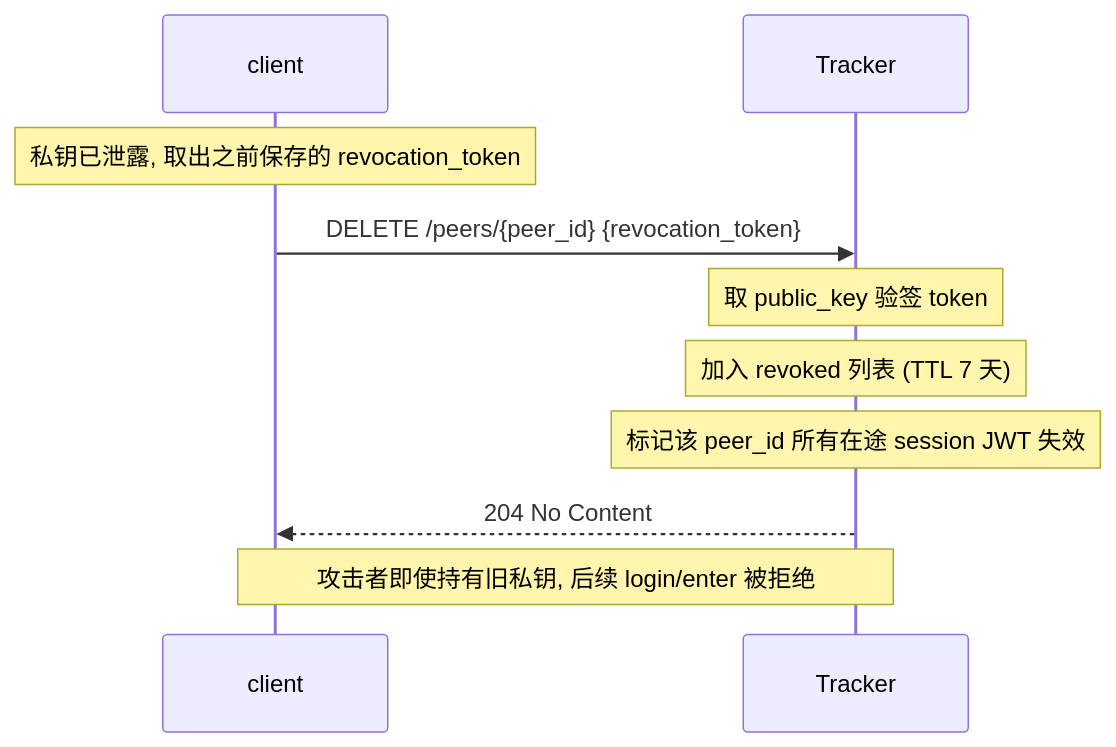
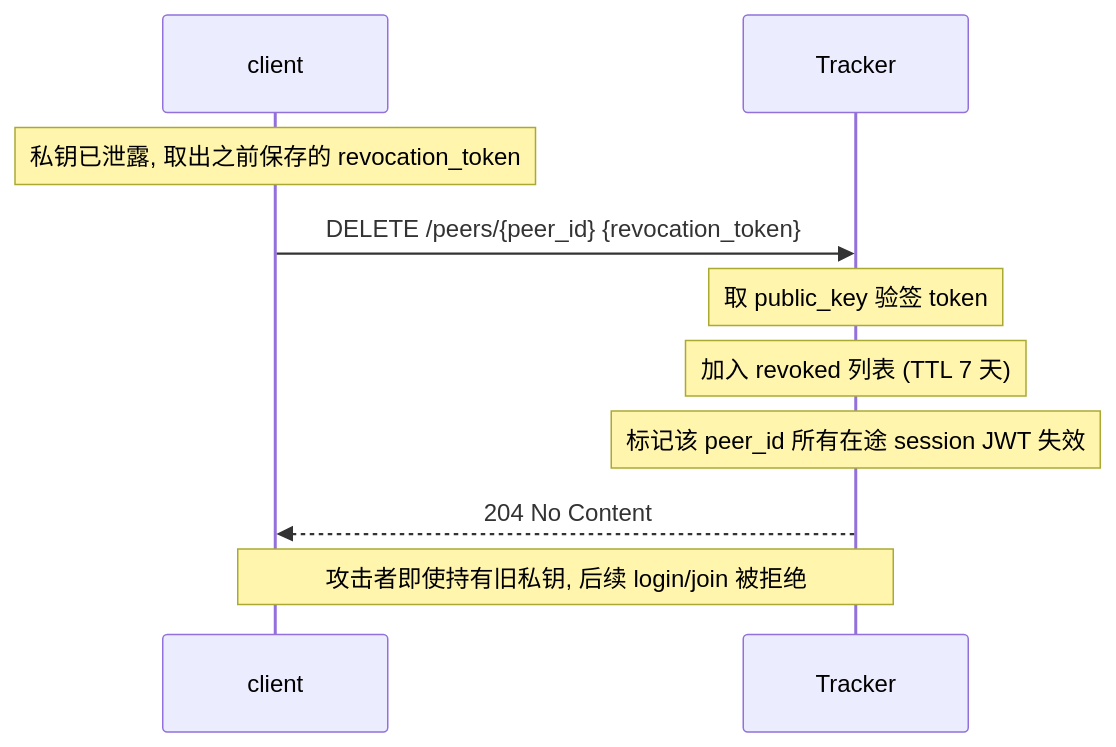
Before and after one commit to mivinci/p2p: the third of 15 diagrams in docs/design/p2p-overview.md, drawn with Mermaid. The commit also changed other lines of this file, not shown here.

First line of the commit message:
docs(design): rename punch.enter/leave to punch.join/exit

````diff
--- a/docs/design/p2p-overview.md
+++ b/docs/design/p2p-overview.md
@@ -441,13 +441,13 @@
 ```mermaid
 sequenceDiagram
     participant C as client
     participant T as Tracker
 
     Note over C: 私钥已泄露, 取出之前保存的 revocation_token
     C->>T: DELETE /peers/{peer_id} {revocation_token}
     Note over T: 取 public_key 验签 token
     Note over T: 加入 revoked 列表 (TTL 7 天)
     Note over T: 标记该 peer_id 所有在途 session JWT 失效
     T-->>C: 204 No Content
-    Note over C,T: 攻击者即使持有旧私钥, 后续 login/enter 被拒绝
+    Note over C,T: 攻击者即使持有旧私钥, 后续 login/join 被拒绝
 ```
````
